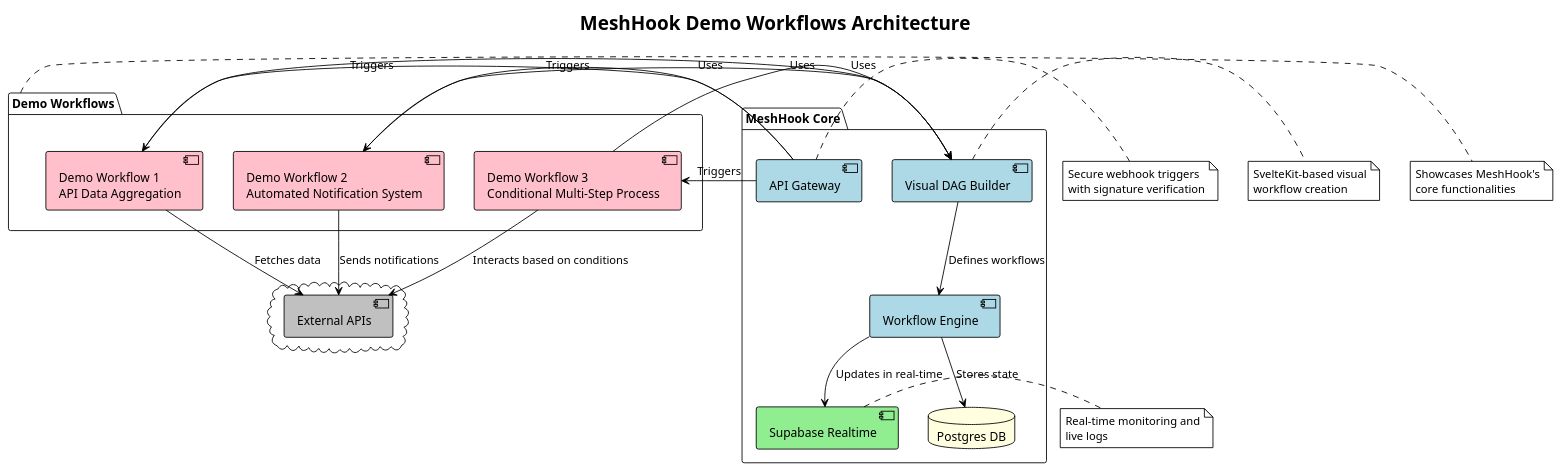
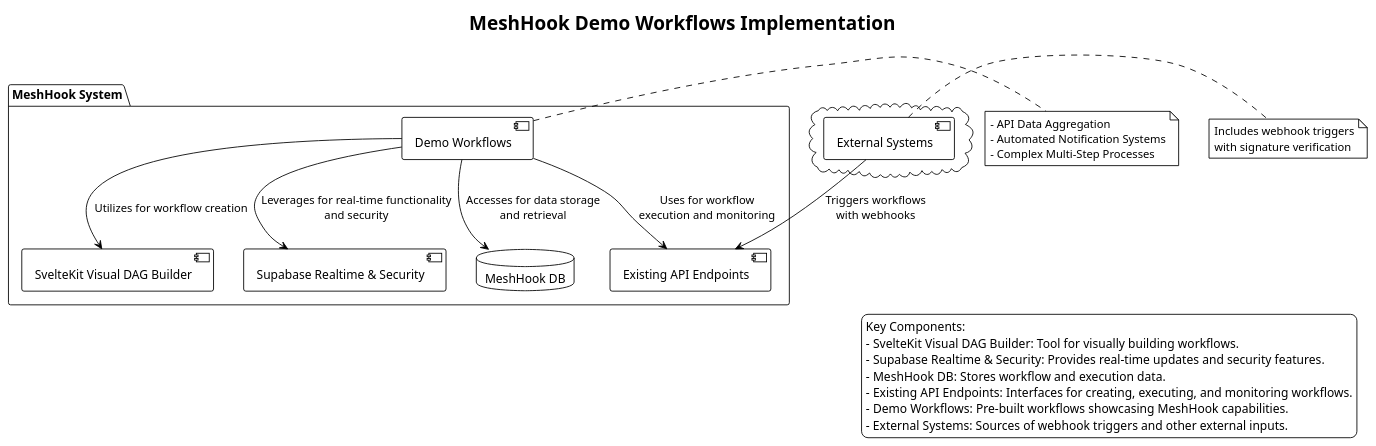
One commit to profullstack/meshhook changed the diagram in docs/PRDs/221-demo-workflows.puml. Above: the diagram before and after it, drawn with PlantUML. The commit also changed 42 other files, not shown here.

```diff
--- a/docs/PRDs/221-demo-workflows.puml
+++ b/docs/PRDs/221-demo-workflows.puml
@@ -1,60 +1,38 @@
 @startuml
 !theme plain
 
-title MeshHook Demo Workflows Architecture
+title MeshHook Demo Workflows Implementation
 
-package "MeshHook Core" {
-    [Visual DAG Builder] #LightBlue
-    [Workflow Engine] #LightBlue
-    database "Postgres DB" #LightYellow
-    [Supabase Realtime] #LightGreen
-    [API Gateway] #LightBlue
-}
-
-package "Demo Workflows" {
-    [Demo Workflow 1\nAPI Data Aggregation] #Pink
-    [Demo Workflow 2\nAutomated Notification System] #Pink
-    [Demo Workflow 3\nConditional Multi-Step Process] #Pink
+package "MeshHook System" {
+    [SvelteKit Visual DAG Builder] as DAG
+    [Supabase Realtime & Security] as Supabase
+    database "MeshHook DB" as DB
+    [Existing API Endpoints] as API
+    [Demo Workflows] as Demos
 }
 
 cloud {
-    [External APIs] #Silver
+    [External Systems] as External
 }
 
-[Demo Workflow 1\nAPI Data Aggregation] -down-> [External APIs] : Fetches data
-[Demo Workflow 2\nAutomated Notification System] -down-> [External APIs] : Sends notifications
-[Demo Workflow 3\nConditional Multi-Step Process] -down-> [External APIs] : Interacts based on conditions
+Demos --> DAG : Utilizes for workflow creation
+Demos --> Supabase : Leverages for real-time functionality\nand security
+Demos --> API : Uses for workflow\nexecution and monitoring
+Demos --> DB : Accesses for data storage\nand retrieval
+External --> API : Triggers workflows\nwith webhooks
 
-[Demo Workflow 1\nAPI Data Aggregation] -right-> [Visual DAG Builder] : Uses
-[Demo Workflow 2\nAutomated Notification System] -right-> [Visual DAG Builder] : Uses
-[Demo Workflow 3\nConditional Multi-Step Process] -right-> [Visual DAG Builder] : Uses
+note right of Demos : - API Data Aggregation\n- Automated Notification Systems\n- Complex Multi-Step Processes
 
-[Visual DAG Builder] -down-> [Workflow Engine] : Defines workflows
-[Workflow Engine] -down-> [Postgres DB] : Stores state
-[Workflow Engine] -down-> [Supabase Realtime] : Updates in real-time
+note right of External : Includes webhook triggers\nwith signature verification
 
-[API Gateway] -left-> [Demo Workflow 1\nAPI Data Aggregation] : Triggers
-[API Gateway] -left-> [Demo Workflow 2\nAutomated Notification System] : Triggers
-[API Gateway] -left-> [Demo Workflow 3\nConditional Multi-Step Process] : Triggers
-
-note right of [API Gateway]
-    Secure webhook triggers
-    with signature verification
-end note
-
-note right of [Visual DAG Builder]
-    SvelteKit-based visual
-    workflow creation
-end note
-
-note right of [Supabase Realtime]
-    Real-time monitoring and
-    live logs
-end note
-
-note right of [Demo Workflows]
-    Showcases MeshHook's
-    core functionalities
-end note
+legend right
+  Key Components:
+  - SvelteKit Visual DAG Builder: Tool for visually building workflows.
+  - Supabase Realtime & Security: Provides real-time updates and security features.
+  - MeshHook DB: Stores workflow and execution data.
+  - Existing API Endpoints: Interfaces for creating, executing, and monitoring workflows.
+  - Demo Workflows: Pre-built workflows showcasing MeshHook capabilities.
+  - External Systems: Sources of webhook triggers and other external inputs.
+endlegend
 
 @enduml
```
